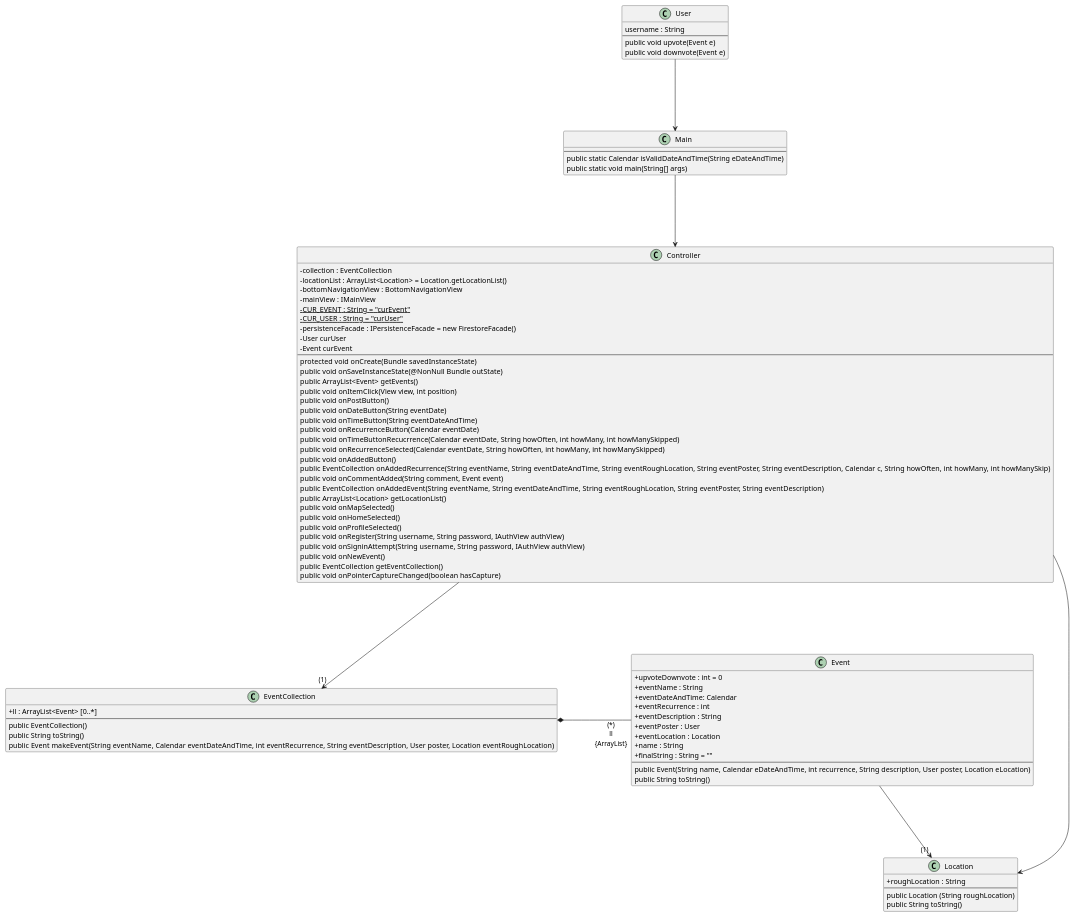
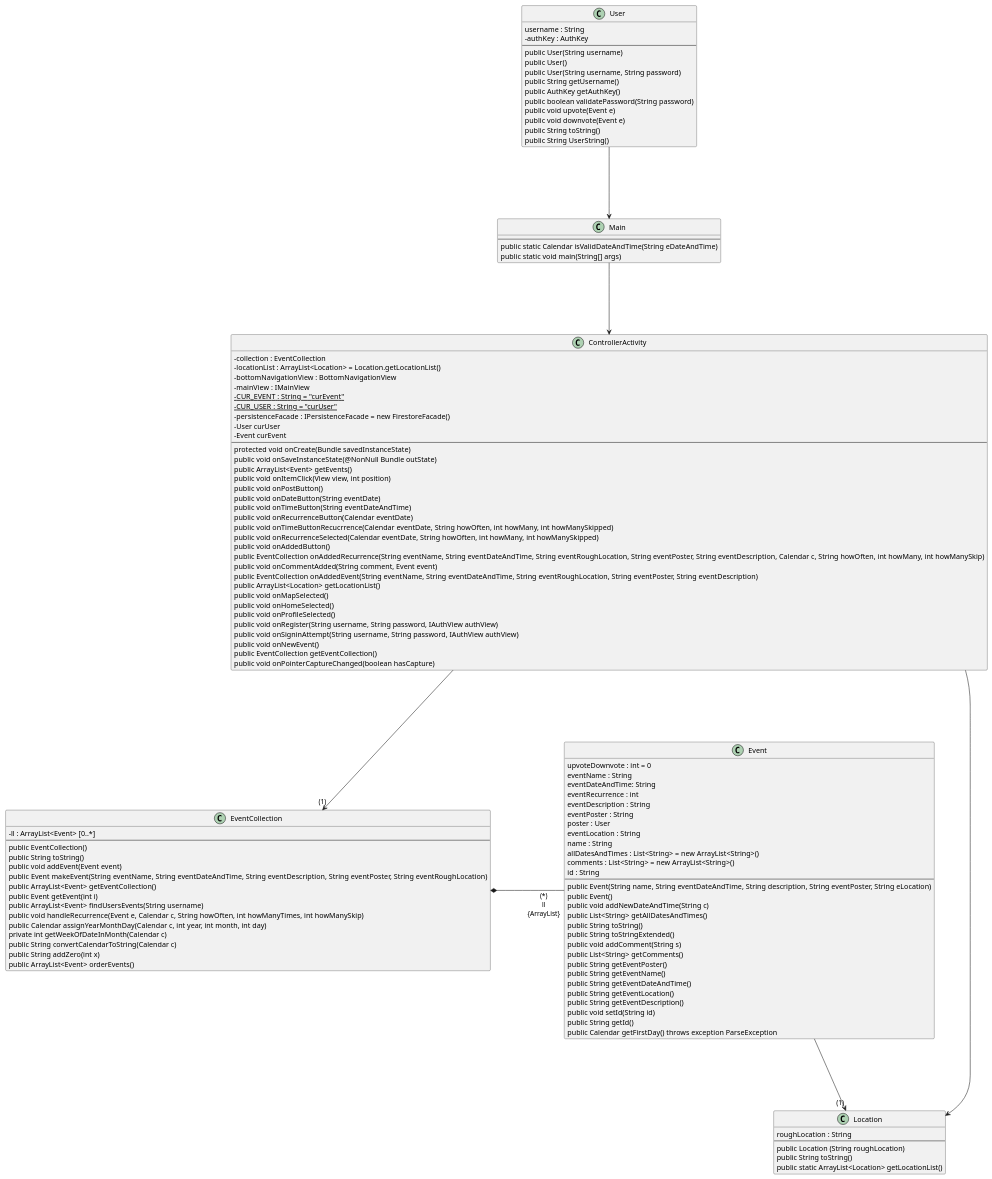
The seventh of 7 diagrams in intellij/doc/design.md (seamusgould/WhatsUpApp), drawn with PlantUML before and after one commit.

Commit message:
updated user, event, eventcollection, and location classes in class diagram

```diff
--- a/intellij/doc/design.md
+++ b/intellij/doc/design.md
@@ -179,39 +179,76 @@
 
 class User{
 username : String
+- authKey : AuthKey
 --
+public User(String username)
+public User()
+public User(String username, String password)
+public String getUsername()
+public AuthKey getAuthKey()
+public boolean validatePassword(String password)
 public void upvote(Event e)
 public void downvote(Event e)
+public String toString()
+public String UserString()
 }
 
 class EventCollection{
-+ ll : ArrayList<Event> [0..*]
+- ll : ArrayList<Event> [0..*]
 --
 public EventCollection()
 public String toString()
-public Event makeEvent(String eventName, Calendar eventDateAndTime, int eventRecurrence, String eventDescription, User poster, Location eventRoughLocation)
+public void addEvent(Event event)
+public Event makeEvent(String eventName, String eventDateAndTime, String eventDescription, String eventPoster, String eventRoughLocation)
+public ArrayList<Event> getEventCollection()
+public Event getEvent(int i)
+public ArrayList<Event> findUsersEvents(String username)
+public void handleRecurrence(Event e, Calendar c, String howOften, int howManyTimes, int howManySkip)
+public Calendar assignYearMonthDay(Calendar c, int year, int month, int day)
+private int getWeekOfDateInMonth(Calendar c)
+public String convertCalendarToString(Calendar c)
+public String addZero(int x)
+public ArrayList<Event> orderEvents()
 }
 
 class Event{
-+ upvoteDownvote : int = 0
-+ eventName : String
-+ eventDateAndTime: Calendar
-+ eventRecurrence : int
-+ eventDescription : String
-+ eventPoster : User
-+ eventLocation : Location
-+ name : String
-+ finalString : String = ""
+upvoteDownvote : int = 0
+eventName : String
+eventDateAndTime: String
+eventRecurrence : int
+eventDescription : String
+eventPoster : String
+poster : User
+eventLocation : String
+name : String
+allDatesAndTimes : List<String> = new ArrayList<String>()
+comments : List<String> = new ArrayList<String>()
+id : String
 --
-public Event(String name, Calendar eDateAndTime, int recurrence, String description, User poster, Location eLocation)
+public Event(String name, String eventDateAndTime, String description, String eventPoster, String eLocation)
+public Event()
+public void addNewDateAndTime(String c)
+public List<String> getAllDatesAndTimes()
 public String toString()
+public String toStringExtended()
+public void addComment(String s)
+public List<String> getComments()
+public String getEventPoster()
+public String getEventName()
+public String getEventDateAndTime()
+public String getEventLocation()
+public String getEventDescription()
+public void setId(String id)
+public String getId()
+public Calendar getFirstDay() throws exception ParseException
 }
 
 class Location{
-+ roughLocation : String
+roughLocation : String
 --
 public Location (String roughLocation)
 public String toString()
+public static ArrayList<Location> getLocationList()
 }
 
 class Main{
@@ -220,7 +257,7 @@
 public static void main(String[] args)
 }
 
-class Controller{
+class ControllerActivity{
 - collection : EventCollection
 - locationList : ArrayList<Location> = Location.getLocationList()
 - bottomNavigationView : BottomNavigationView
@@ -258,13 +295,13 @@
 
 User ---> Main : \t\t\t\t
 
-Main ---> Controller : \t\t\t\t
+Main ---> ControllerActivity : \t\t\t\t
 
-Controller ---> "(1)" EventCollection : \t\t\t\t
+ControllerActivity ---> "(1)" EventCollection : \t\t\t\t
 
 EventCollection *- "(*)\nll\n{ArrayList}" Event : \t\t\t\t
 
-Controller ---> Location : \t\t\t\t
+ControllerActivity ---> Location : \t\t\t\t
 
 Event ---> "(1)" Location : \t\t\t\t
 
```
